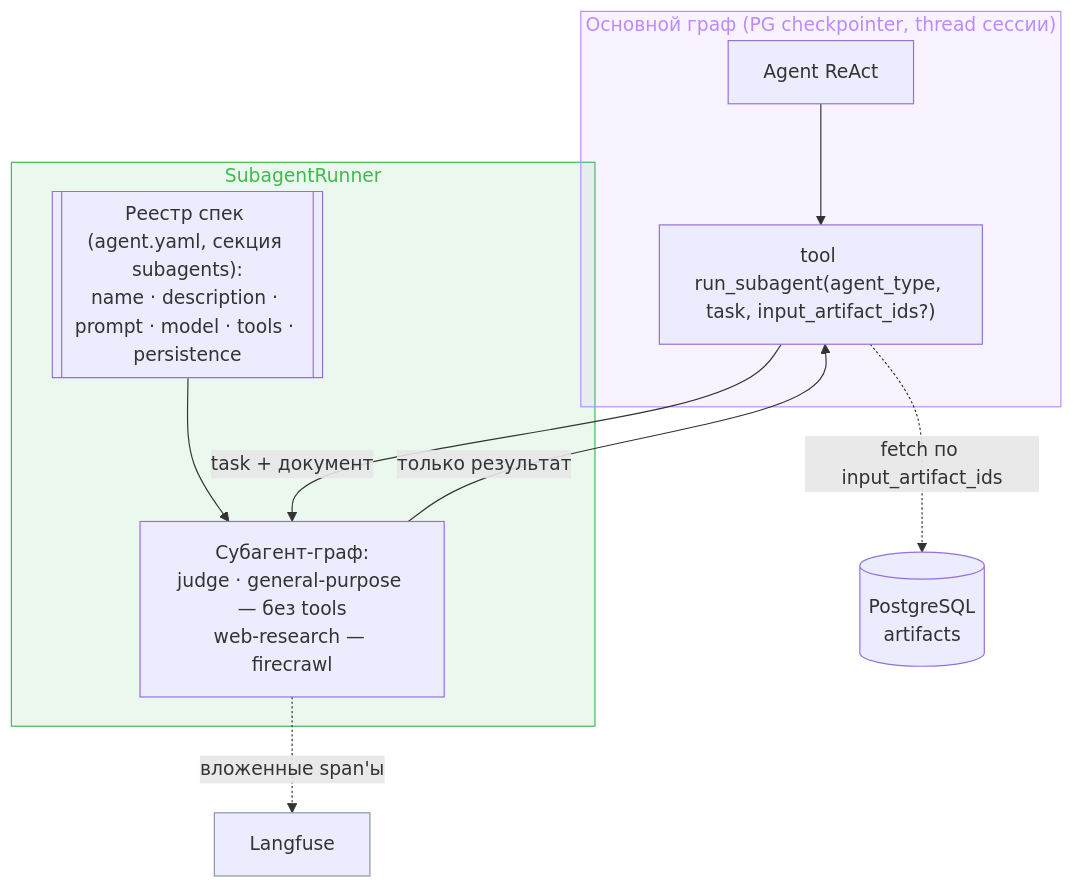
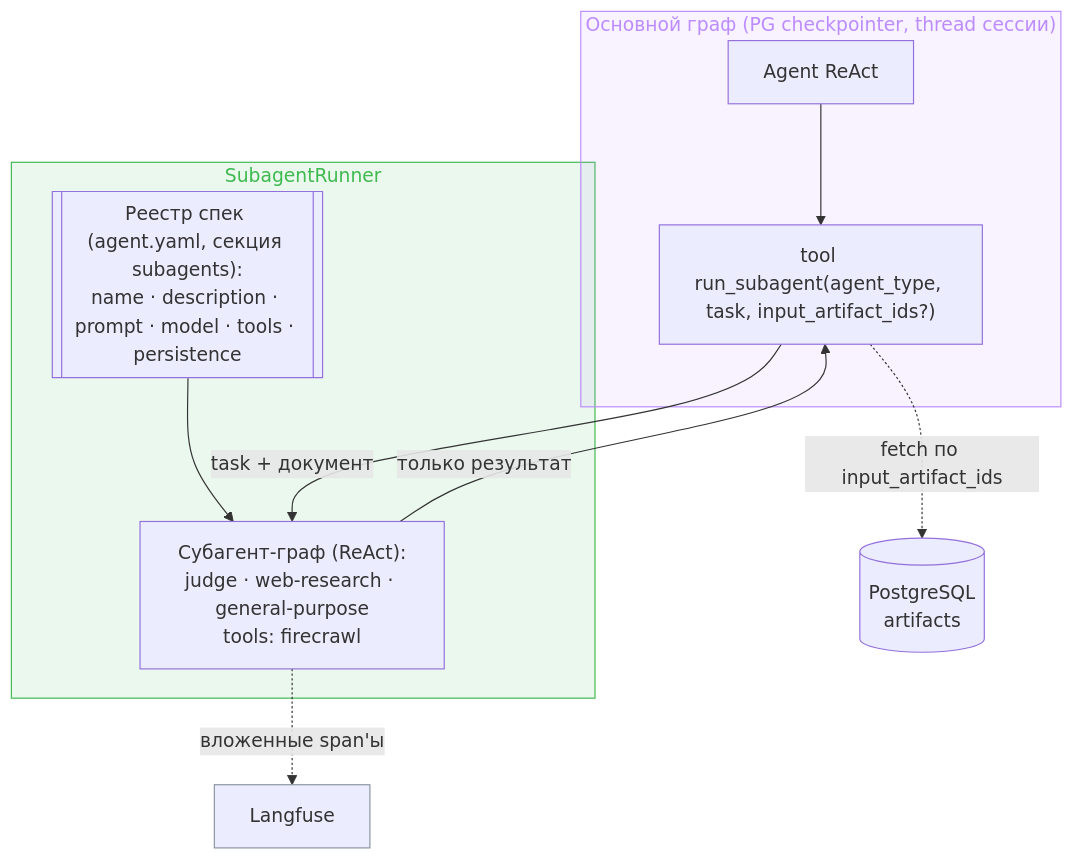
The first of 5 diagrams in doc/tasks/iterations/post-mvp/feat-011-subagents-v1/design-brief.md (Bbar0n234/learnflow-ai), drawn with Mermaid before and after one commit. The commit also changed other lines of this file and 8 other files, not shown here.

First line of the commit message:
docs: feat-011 — актуализация под единый ReAct-граф и новые нормы

````diff
--- a/doc/tasks/iterations/post-mvp/feat-011-subagents-v1/design-brief.md
+++ b/doc/tasks/iterations/post-mvp/feat-011-subagents-v1/design-brief.md
@@ -15,24 +15,24 @@
 ```mermaid
 flowchart TB
     subgraph MAIN["Основной граф (PG checkpointer, thread сессии)"]
         AG[Agent ReAct]
         RS["tool run_subagent(agent_type, task, input_artifact_ids?)"]
         AG --> RS
     end
 
     subgraph SUB["SubagentRunner"]
         REG[["Реестр спек (agent.yaml, секция subagents):<br/>name · description · prompt · model · tools · persistence"]]
-        SG["Субагент-граф:<br/>judge · general-purpose — без tools<br/>web-research — firecrawl"]
+        SG["Субагент-граф (ReAct):<br/>judge · web-research · general-purpose<br/>tools: firecrawl"]
         REG --> SG
         RS -->|"task + документ"| SG
         SG -->|"только результат"| RS
     end
 
     ART[("PostgreSQL<br/>artifacts")]
     RS -.->|"fetch по input_artifact_ids"| ART
     SG -.->|"вложенные span'ы"| OBS["Langfuse"]
 
     style MAIN fill:#bc8cff1a,stroke:#bc8cff,color:#bc8cff
     style SUB fill:#3fb9501a,stroke:#3fb950,color:#3fb950
     style OBS stroke:#8b949e
 ```
````
